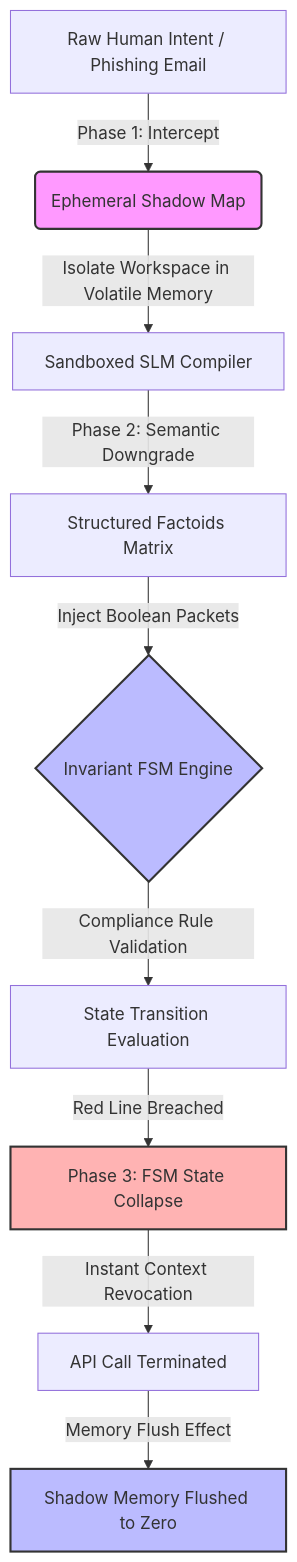
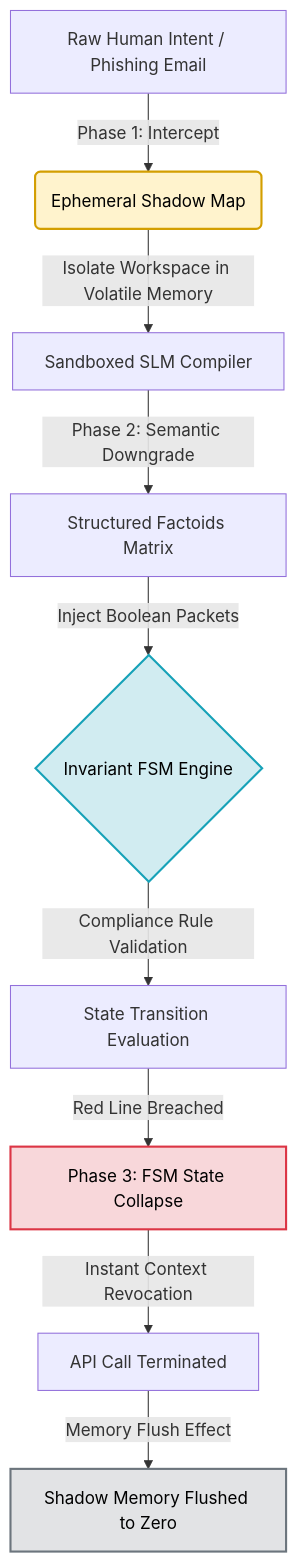
The diagram in README.md (26200602/SIA-Agentic-AI-Architecture), drawn with Mermaid before and after one commit. The commit also changed other lines of this file, not shown here.

````diff
--- a/README.md
+++ b/README.md
@@ -25,16 +25,17 @@
 ```mermaid
 graph TD
     A[Raw Human Intent / Phishing Email] -->|Phase 1: Intercept| B(Ephemeral Shadow Map)
     B -->|Isolate Workspace in Volatile Memory| C[Sandboxed SLM Compiler]
     C -->|Phase 2: Semantic Downgrade| D[Structured Factoids Matrix]
     D -->|Inject Boolean Packets| E{Invariant FSM Engine}
     E -->|Compliance Rule Validation| F[State Transition Evaluation]
     F -->|Red Line Breached| G[Phase 3: FSM State Collapse]
     G -->|Instant Context Revocation| H[API Call Terminated]
     H -->|Memory Flush Effect| I[Shadow Memory Flushed to Zero]
     
-    style B fill:#f9f,stroke:#333,stroke-width:2px
-    style E fill:#bbf,stroke:#333,stroke-width:2px
-    style G fill:#ffb3b3,stroke:#333,stroke-width:2px
-    style I fill:#bbf,stroke:#333,stroke-width:2px
+    %% High-Contrast accessible styling for enterprise readability
+    style B fill:#FFF3CD,stroke:#D39E00,stroke-width:2px,color:#000000
+    style E fill:#D1ECF1,stroke:#17A2B8,stroke-width:2px,color:#000000
+    style G fill:#F8D7DA,stroke:#DC3545,stroke-width:2px,color:#000000
+    style I fill:#E2E3E5,stroke:#6C757D,stroke-width:2px,color:#000000
 ```
````
